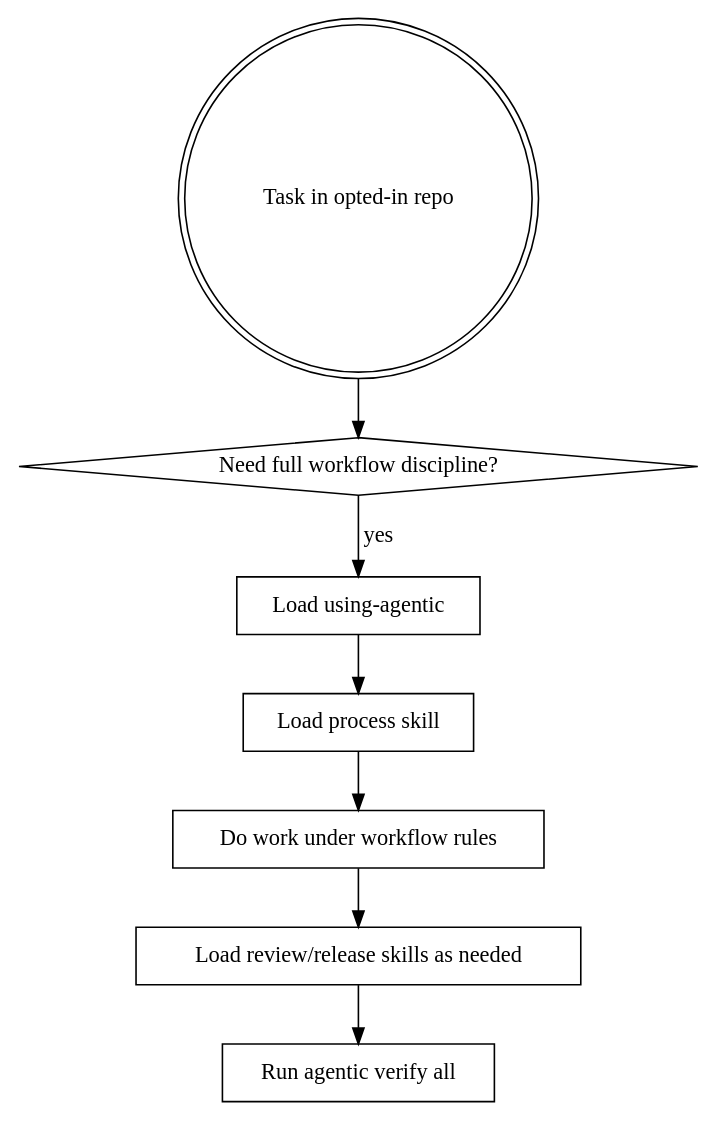
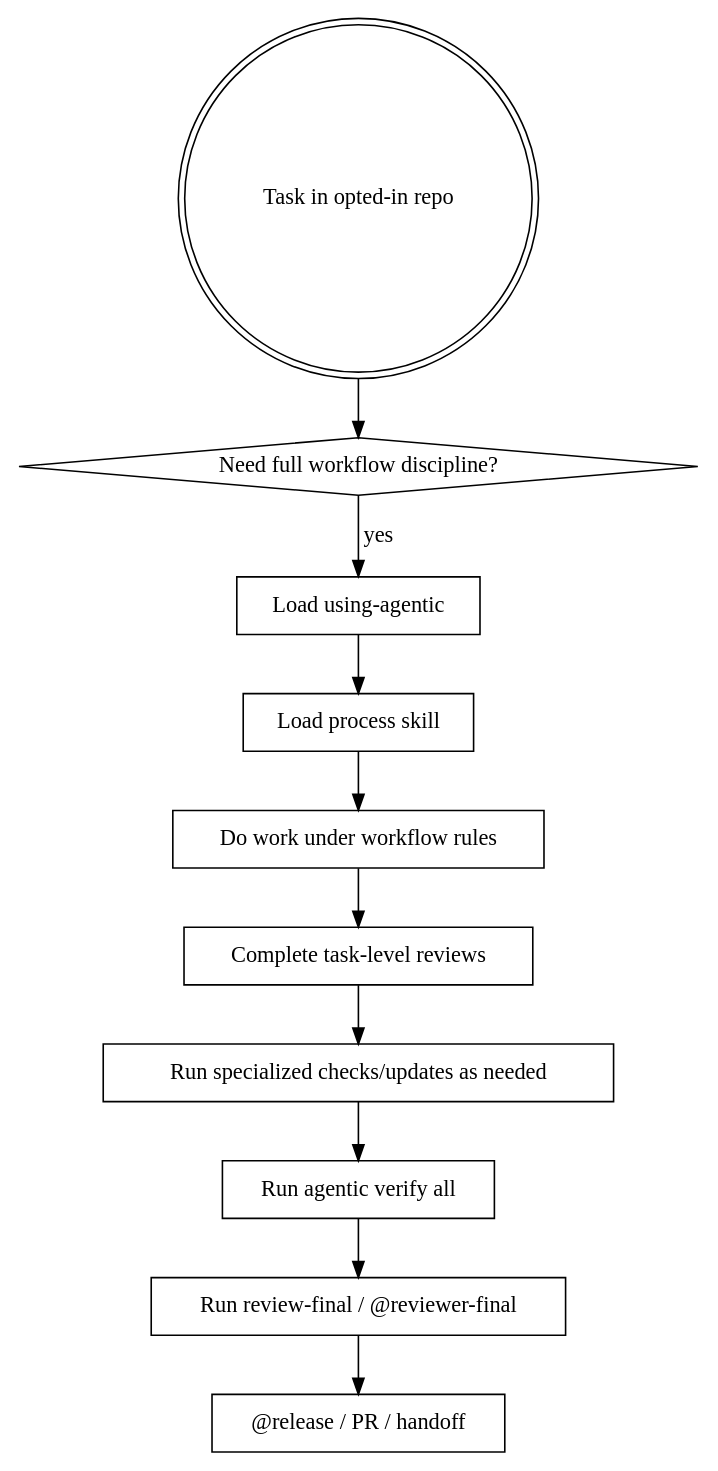
One commit to nhd2106/imitation-machine changed the diagram in skills/using-agentic/SKILL.md. Above: the diagram before and after it, drawn with Graphviz. The commit also changed other lines of this file and 55 other files, not shown here.

Commit message:
feat(orchestrate): strengthen agent review workflow

````diff
--- a/skills/using-agentic/SKILL.md
+++ b/skills/using-agentic/SKILL.md
@@ -36,18 +36,24 @@
 ```dot
 digraph agentic_flow {
   "Task in opted-in repo" [shape=doublecircle];
   "Need full workflow discipline?" [shape=diamond];
   "Load using-agentic" [shape=box];
   "Load process skill" [shape=box];
   "Do work under workflow rules" [shape=box];
-  "Load review/release skills as needed" [shape=box];
+  "Complete task-level reviews" [shape=box];
+  "Run specialized checks/updates as needed" [shape=box];
   "Run agentic verify all" [shape=box];
+  "Run review-final / @reviewer-final" [shape=box];
+  "@release / PR / handoff" [shape=box];
 
   "Task in opted-in repo" -> "Need full workflow discipline?";
   "Need full workflow discipline?" -> "Load using-agentic" [label="yes"];
   "Load using-agentic" -> "Load process skill";
   "Load process skill" -> "Do work under workflow rules";
-  "Do work under workflow rules" -> "Load review/release skills as needed";
-  "Load review/release skills as needed" -> "Run agentic verify all";
+  "Do work under workflow rules" -> "Complete task-level reviews";
+  "Complete task-level reviews" -> "Run specialized checks/updates as needed";
+  "Run specialized checks/updates as needed" -> "Run agentic verify all";
+  "Run agentic verify all" -> "Run review-final / @reviewer-final";
+  "Run review-final / @reviewer-final" -> "@release / PR / handoff";
 }
 ```
````
